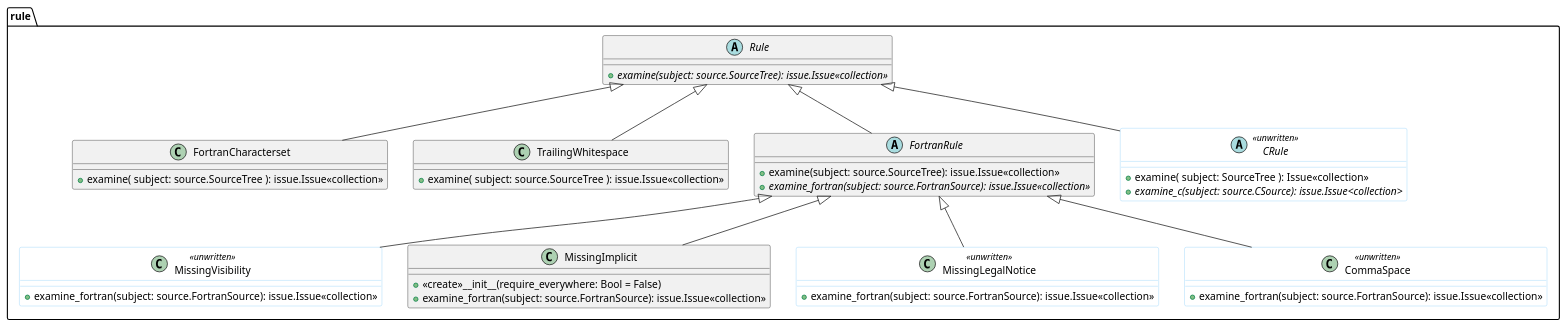
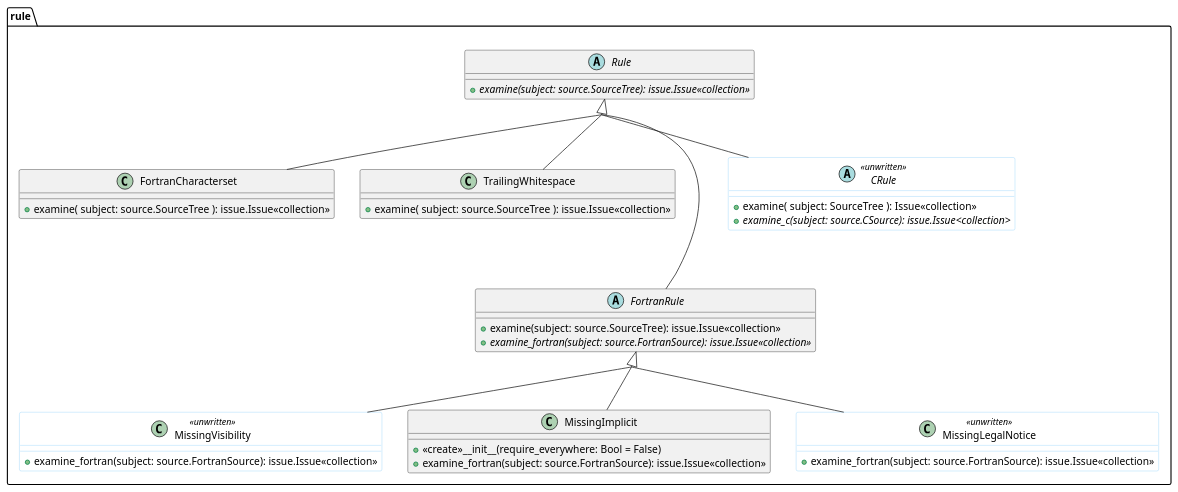
One commit to MetOffice/stylist changed the diagram in documentation/source/developer-information/uml/rule_class.puml. Above: the diagram before and after it, drawn with PlantUML. The commit also changed 5 other files, not shown here.

Commit message:
Improved diagrams.

```diff
--- a/documentation/source/developer-information/uml/rule_class.puml
+++ b/documentation/source/developer-information/uml/rule_class.puml
@@ -1,51 +1,47 @@
 skinparam class {
     BackgroundColor<<unwritten>> AlliceBlue
     BorderColor<<unwritten>> LightSkyBlue
 }
+skinparam groupInheritance 2
 
 abstract class rule.Rule {
     +{abstract}examine(subject: source.SourceTree): issue.Issue<<collection>>
     }
 
 class rule.FortranCharacterset {
     +examine( subject: source.SourceTree ): issue.Issue<<collection>>
 }
 rule.Rule <|-- rule.FortranCharacterset
 
 class rule.TrailingWhitespace {
     +examine( subject: source.SourceTree ): issue.Issue<<collection>>
 }
 rule.Rule ^-- rule.TrailingWhitespace
 
 abstract class rule.FortranRule {
     +examine(subject: source.SourceTree): issue.Issue<<collection>>
     +{abstract}examine_fortran(subject: source.FortranSource): issue.Issue<<collection>>
     }
-rule.Rule <|-- rule.FortranRule
+rule.Rule <|--- rule.FortranRule
 
 class rule.MissingVisibility <<unwritten>> {
     +examine_fortran(subject: source.FortranSource): issue.Issue<<collection>>
     }
 rule.FortranRule <|-- rule.MissingVisibility
 
 class rule.MissingImplicit {
     +<<create>>__init__(require_everywhere: Bool = False)
     +examine_fortran(subject: source.FortranSource): issue.Issue<<collection>>
     }
 rule.FortranRule <|-- rule.MissingImplicit
 
 class rule.MissingLegalNotice <<unwritten>> {
     +examine_fortran(subject: source.FortranSource): issue.Issue<<collection>>
     }
 rule.FortranRule <|-- rule.MissingLegalNotice
 
-class rule.CommaSpace <<unwritten>> {
-    +examine_fortran(subject: source.FortranSource): issue.Issue<<collection>>
-}
-rule.FortranRule <|-- rule.CommaSpace
-
 abstract class rule.CRule <<unwritten>> {
     +examine( subject: SourceTree ): Issue<<collection>>
     +{abstract}examine_c(subject: source.CSource): issue.Issue<collection>
     }
 rule.Rule <|-- rule.CRule
```
